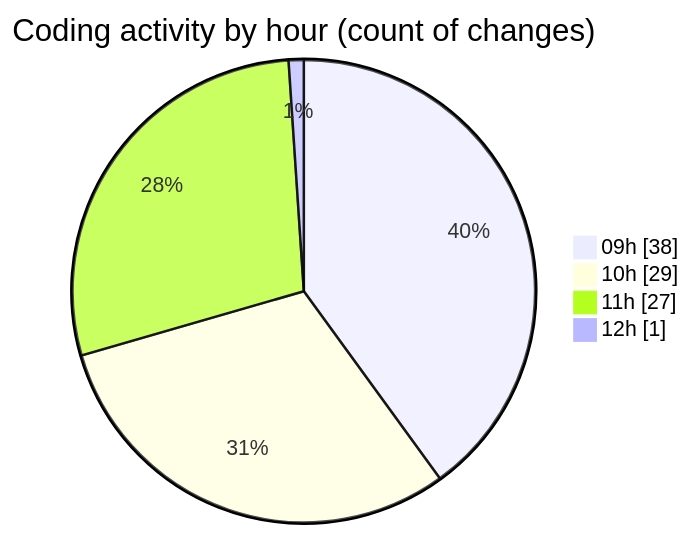
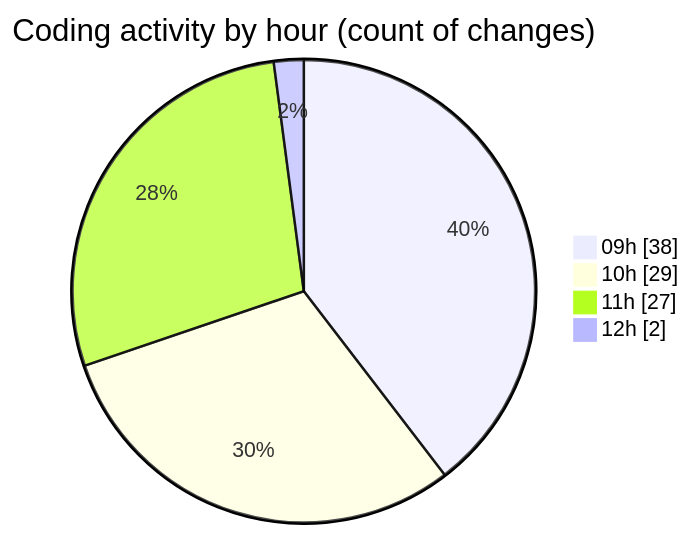
Before and after one commit to momahboobian/code-tracking: the second of 2 diagrams in 2026-07-27/cda/README.md, drawn with Mermaid. The commit also changed other lines of this file and 1 other file, not shown here.

````diff
--- a/2026-07-27/cda/README.md
+++ b/2026-07-27/cda/README.md
@@ -44,8 +45,8 @@
 ```mermaid
 pie showData
 title Coding activity by hour (count of changes)
 "09h" : 38
 "10h" : 29
 "11h" : 27
-"12h" : 1
+"12h" : 2
 ```
````
